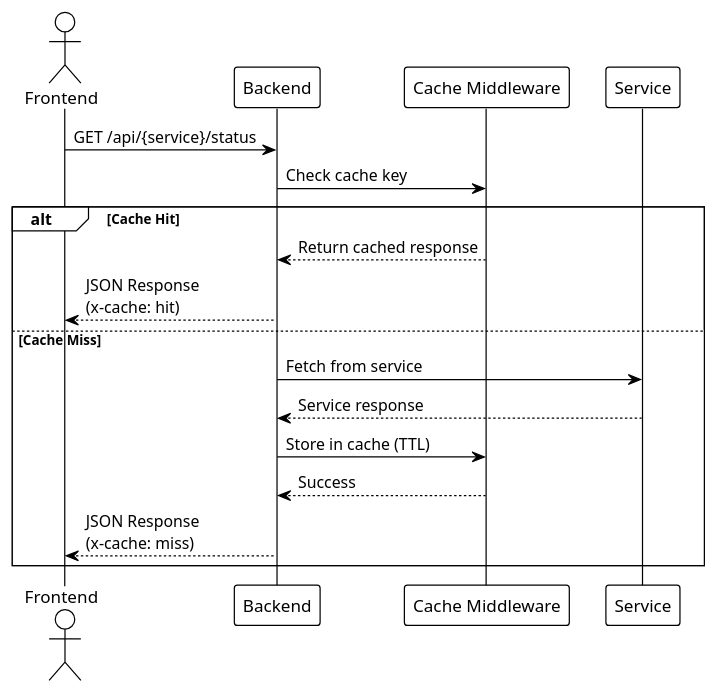
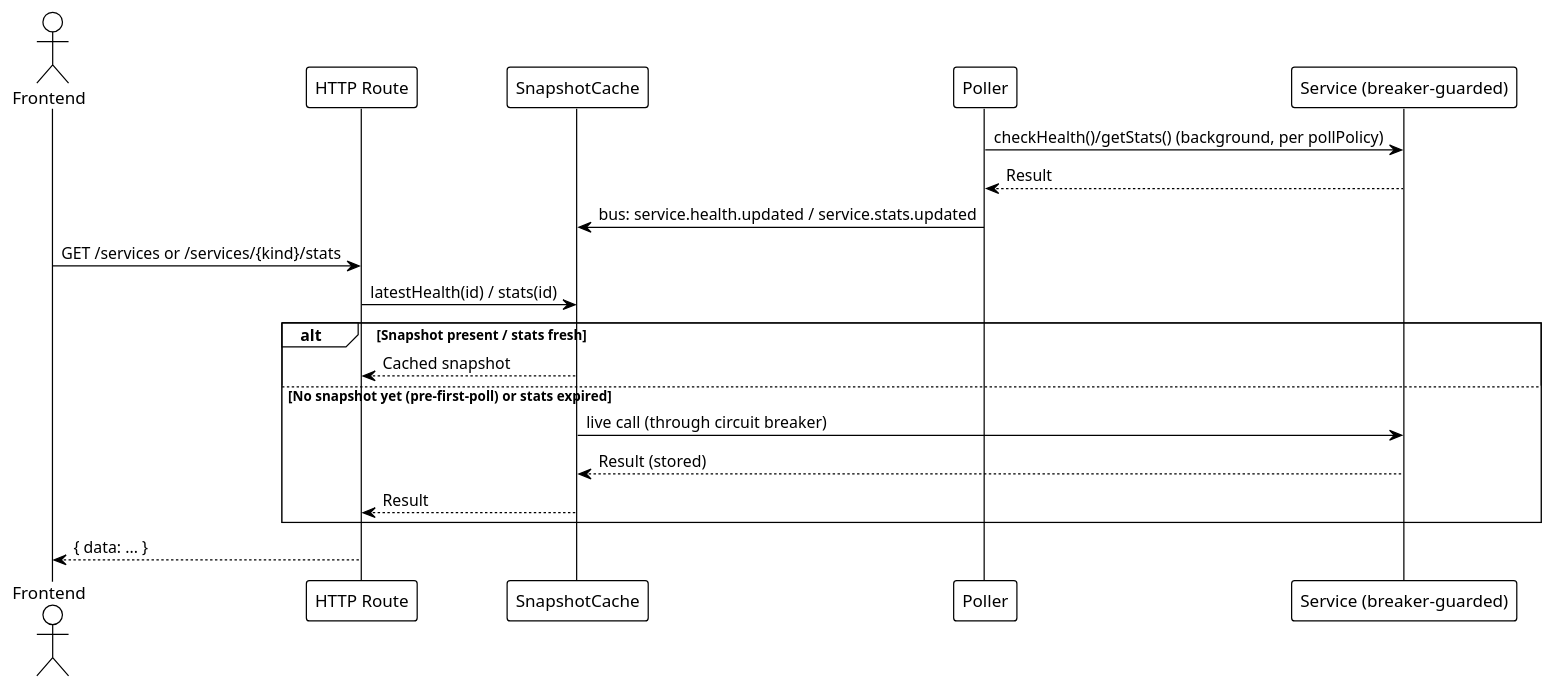
One commit to EraPartner/Watchman changed the first of 2 diagrams in docs/performance/caching-strategies.md. Above: the diagram before and after it, drawn with PlantUML. The commit also changed other lines of this file and 26 other files, not shown here.

````diff
--- a/docs/performance/caching-strategies.md
+++ b/docs/performance/caching-strategies.md
@@ -74,25 +83,27 @@
 ```plantuml
 @startuml
 !theme plain
 
 actor "Frontend" as FE
-participant "Backend" as BE
-participant "Cache Middleware" as Cache
-participant "Service" as Svc
+participant "HTTP Route" as BE
+participant "SnapshotCache" as Cache
+participant "Poller" as Poller
+participant "Service (breaker-guarded)" as Svc
 
-FE -> BE : GET /api/{service}/status
+Poller -> Svc : checkHealth()/getStats() (background, per pollPolicy)
+Svc --> Poller : Result
+Poller -> Cache : bus: service.health.updated / service.stats.updated
 
-BE -> Cache : Check cache key
+FE -> BE : GET /services or /services/{kind}/stats
+BE -> Cache : latestHealth(id) / stats(id)
 
-alt Cache Hit
-    Cache --> BE : Return cached response
-    BE --> FE : JSON Response\n(x-cache: hit)
-else Cache Miss
-    BE -> Svc : Fetch from service
-    Svc --> BE : Service response
-    BE -> Cache : Store in cache (TTL)
-    Cache --> BE : Success
-    BE --> FE : JSON Response\n(x-cache: miss)
+alt Snapshot present / stats fresh
+    Cache --> BE : Cached snapshot
+else No snapshot yet (pre-first-poll) or stats expired
+    Cache -> Svc : live call (through circuit breaker)
+    Svc --> Cache : Result (stored)
+    Cache --> BE : Result
 end
+BE --> FE : { data: ... }
 @enduml
 ```
````
